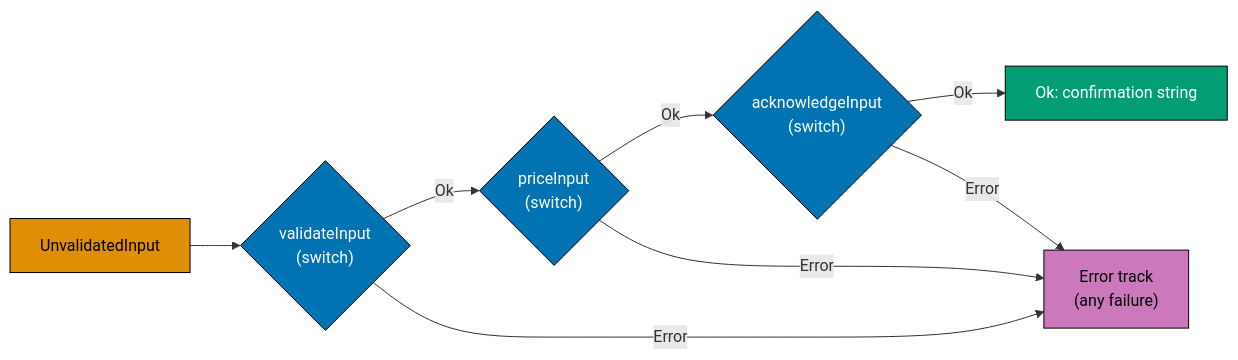
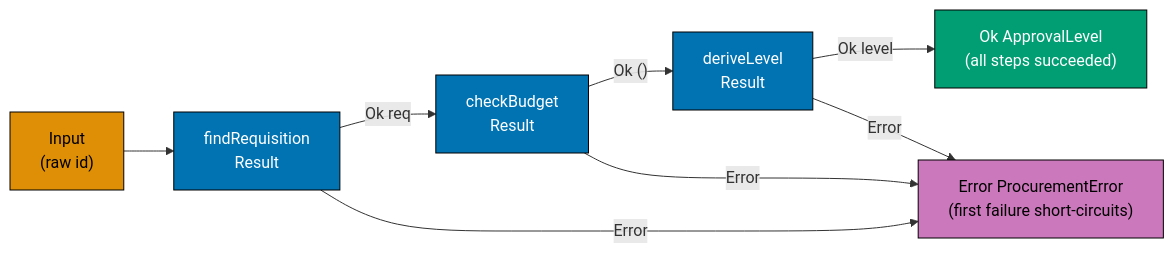
One commit to wahidyankf/open-sharia-enterprise changed the second of 3 diagrams in apps/ayokoding-web/content/en/learn/software-engineering/architecture/domain-driven-design-ddd/fp-by-example/intermediate.md. Above: the diagram before and after it, drawn with Mermaid. The commit also changed other lines of this file and 38 other files, not shown here.

First line of the commit message:
docs(ayokoding-web): unify architecture tutorials on shared P2P domain

````diff
--- a/apps/ayokoding-web/content/en/learn/software-engineering/architecture/domain-driven-design-ddd/fp-by-example/intermediate.md
+++ b/apps/ayokoding-web/content/en/learn/software-engineering/architecture/domain-driven-design-ddd/fp-by-example/intermediate.md
@@ -446,24 +367,24 @@
 ```mermaid
 graph LR
-    Input["UnvalidatedInput"]
-    V{"validateInput\n(switch)"}
-    P{"priceInput\n(switch)"}
-    A{"acknowledgeInput\n(switch)"}
-    OkOut["Ok: confirmation string"]
-    ErrOut["Error track\n(any failure)"]
+    Input["Input\n(raw id)"]
+    S1["findRequisition\nResult<Req, Err>"]
+    S2["checkBudget\nResult<unit, Err>"]
+    S3["deriveLevel\nResult<Level, Err>"]
+    OkOut["Ok ApprovalLevel\n(all steps succeeded)"]
+    ErrOut["Error ProcurementError\n(first failure short-circuits)"]
 
-    Input --> V
-    V -- "Ok" --> P
-    V -- "Error" --> ErrOut
-    P -- "Ok" --> A
-    P -- "Error" --> ErrOut
-    A -- "Ok" --> OkOut
-    A -- "Error" --> ErrOut
+    Input --> S1
+    S1 -- "Ok req" --> S2
+    S2 -- "Ok ()" --> S3
+    S3 -- "Ok level" --> OkOut
+    S1 -- "Error" --> ErrOut
+    S2 -- "Error" --> ErrOut
+    S3 -- "Error" --> ErrOut
 
-    style Input fill:#DE8F05,stroke:#000,color:#000
     style OkOut fill:#029E73,stroke:#000,color:#fff
     style ErrOut fill:#CC78BC,stroke:#000,color:#000
-    style V fill:#0173B2,stroke:#000,color:#fff
-    style P fill:#0173B2,stroke:#000,color:#fff
-    style A fill:#0173B2,stroke:#000,color:#fff
+    style Input fill:#DE8F05,stroke:#000,color:#000
+    style S1 fill:#0173B2,stroke:#000,color:#fff
+    style S2 fill:#0173B2,stroke:#000,color:#fff
+    style S3 fill:#0173B2,stroke:#000,color:#fff
 ```
````
